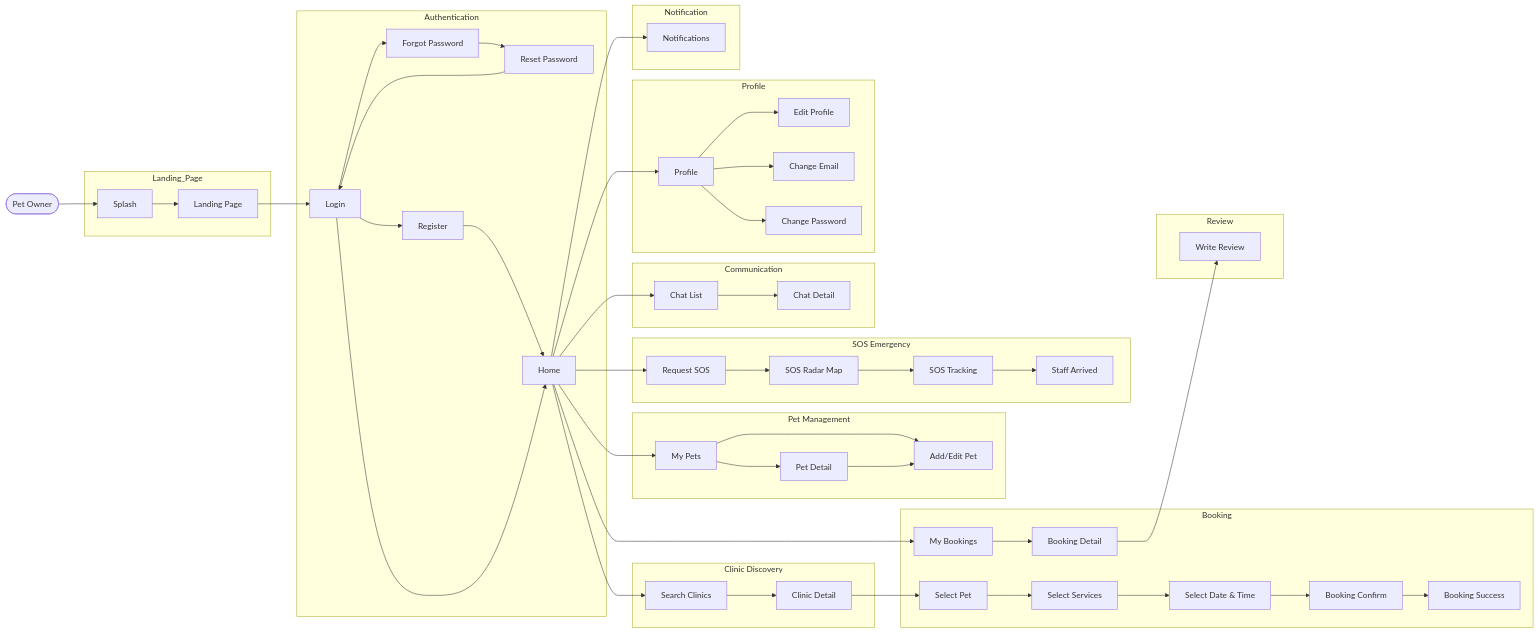
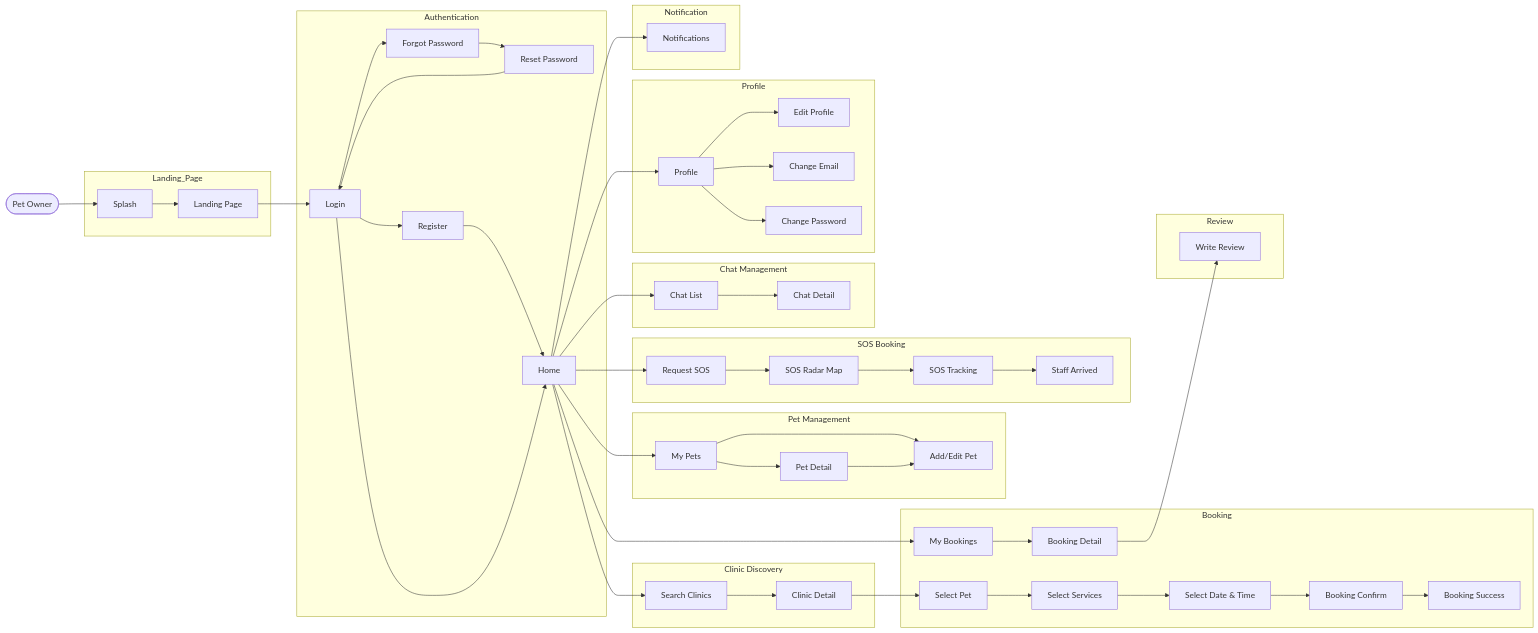
Before and after one commit to espresso23/Petties-Veterinary-Appointment-Booking-Platform: the third of 9 diagrams in docs-references/documentation/SRS/PETTIES_SRS.md, drawn with Mermaid. The commit also changed other lines of this file and 116 other files, not shown here.

```diff
--- a/docs-references/documentation/SRS/PETTIES_SRS.md
+++ b/docs-references/documentation/SRS/PETTIES_SRS.md
@@ -1383,7 +768,7 @@
 
 
 
-    subgraph SOS_Emergency[SOS Emergency]
+    subgraph SOS_Booking[SOS Booking]
 
         Home --> SOSRequest[Request SOS]
 
@@ -1403,7 +788,7 @@
 
 
 
-    subgraph Communication
+    subgraph Chat_Management[Chat Management]
 
         Home --> ChatList[Chat List]
 
```
